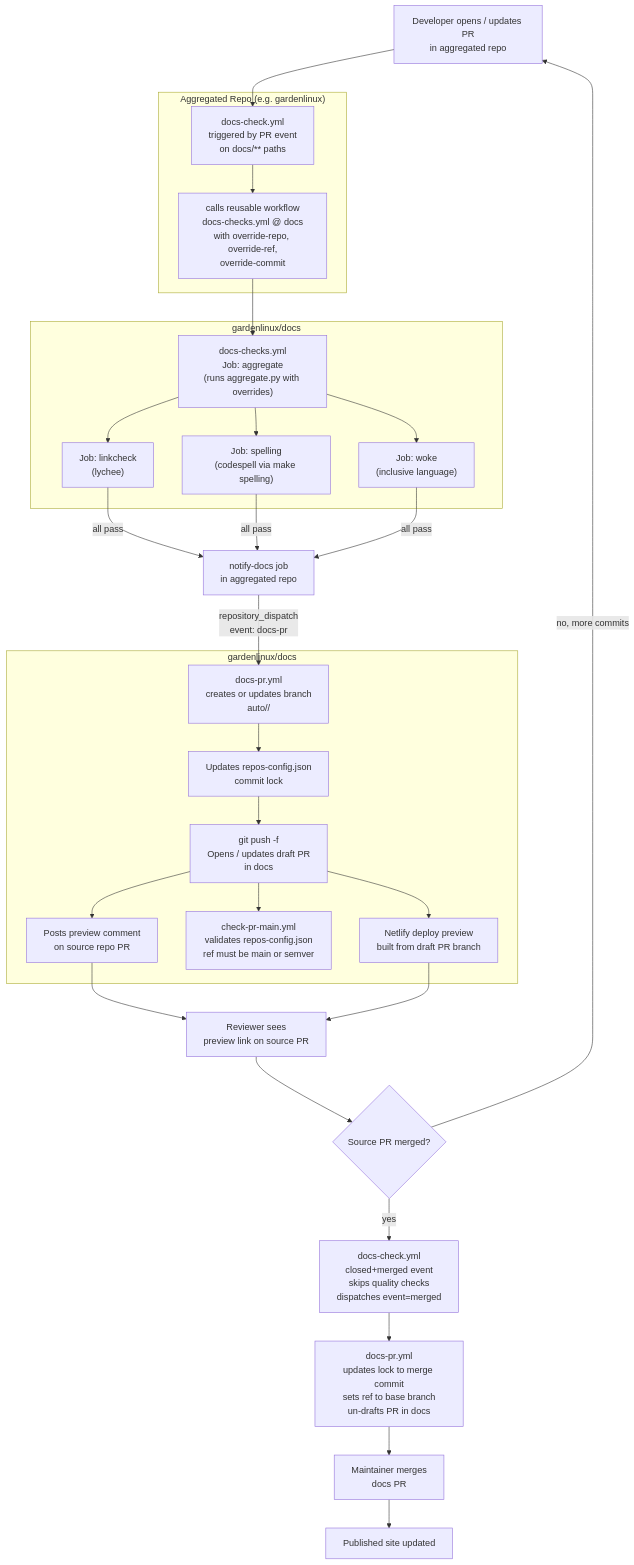
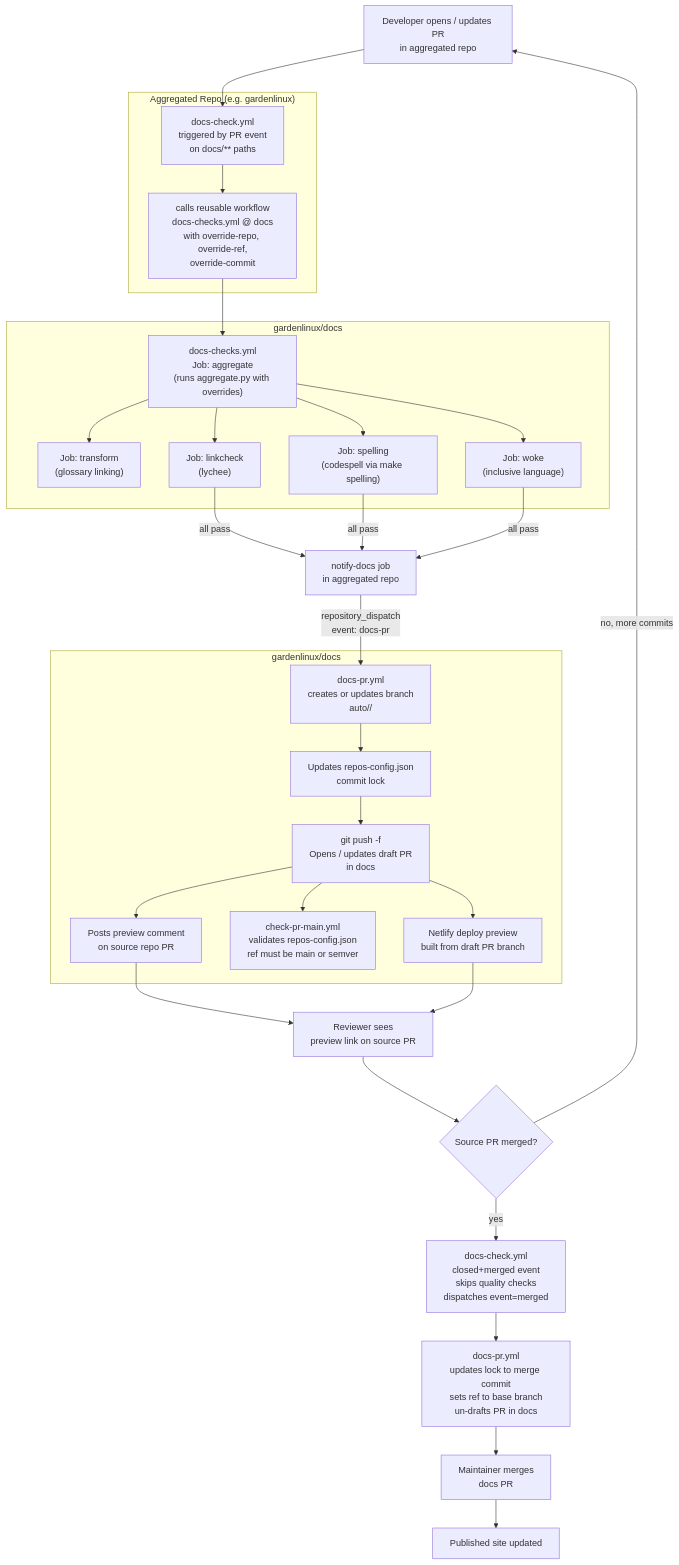
The first of 3 diagrams in docs/contributing/documentation/ci-architecture.md (gardenlinux/docs-ng), drawn with Mermaid before and after one commit. The commit also changed other lines of this file, not shown here.

Commit message:
Fix: Fixup Flowcharts in CI architecture

````diff
--- a/docs/contributing/documentation/ci-architecture.md
+++ b/docs/contributing/documentation/ci-architecture.md
@@ -87,45 +87,46 @@
 ```mermaid
 flowchart TD
     A[Developer opens / updates PR\nin aggregated repo] --> B
 
     subgraph source["Aggregated Repo (e.g. gardenlinux)"]
         B["docs-check.yml\ntriggered by PR event\non docs/** paths"]
         B --> C["calls reusable workflow\ndocs-checks.yml @ docs\nwith override-repo, override-ref,\noverride-commit"]
     end
 
     subgraph docsng["gardenlinux/docs"]
         C --> D["docs-checks.yml\nJob: aggregate\n(runs aggregate.py with overrides)"]
+        D --> D2["Job: transform\n(glossary linking)"]
         D --> E["Job: linkcheck\n(lychee)"]
         D --> F["Job: spelling\n(codespell via make spelling)"]
         D --> G["Job: woke\n(inclusive language)"]
     end
 
     E & F & G -->|all pass| H["notify-docs job\nin aggregated repo"]
     H -->|repository_dispatch\nevent: docs-pr| I
 
     subgraph docsng2["gardenlinux/docs"]
         I["docs-pr.yml\ncreates or updates branch\nauto/<repo>/<pr-number>"]
         I --> J["Updates repos-config.json\ncommit lock"]
         J --> K["git push -f\nOpens / updates draft PR\nin docs"]
         K --> L["Posts preview comment\non source repo PR"]
         K --> M["check-pr-main.yml\nvalidates repos-config.json\nref must be main or semver"]
         K --> N["Netlify deploy preview\nbuilt from draft PR branch"]
     end
 
     L --> O[Reviewer sees\npreview link on source PR]
     N --> O
 
     O --> P{Source PR merged?}
     P -->|yes| Q["docs-check.yml\nclosed+merged event\nskips quality checks\ndispatches event=merged"]
     Q --> R["docs-pr.yml\nupdates lock to merge commit\nsets ref to base branch\nun-drafts PR in docs"]
     R --> S[Maintainer merges\ndocs PR]
     S --> T[Published site updated]
 
     P -->|no, more commits| A
 
     class A,S input
     class B,C,D,E,F,G,H,I,J,K,Q,R process
     class P decision
     class L,M,N,O process
     class T output
 ```
````
